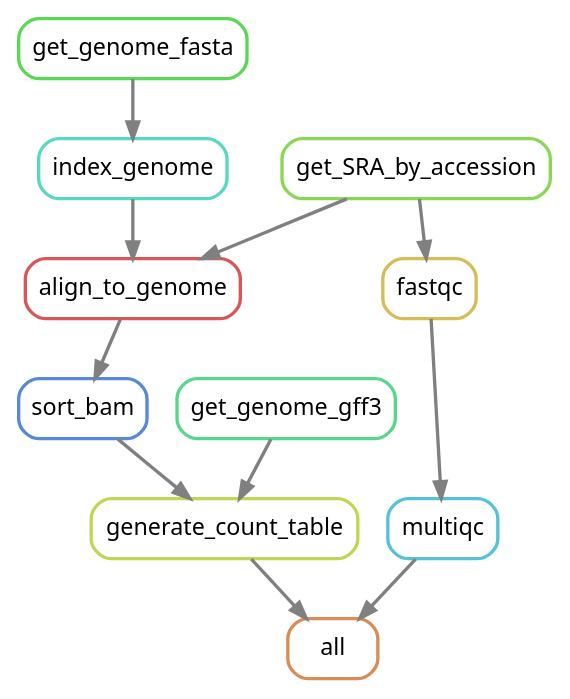
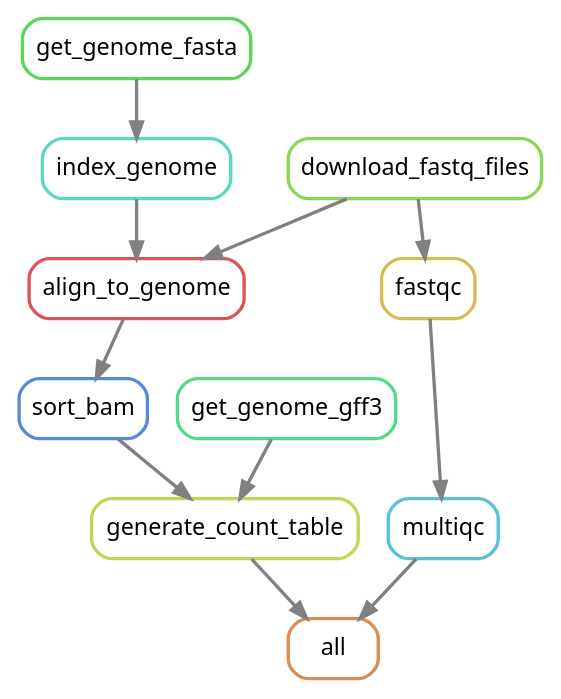
The fourth of 5 diagrams in pages/snakemake.qmd (NBISweden/workshop-reproducible-research), drawn with Graphviz before and after one commit. The commit also changed other lines of this file, not shown here.

Commit message:
Rename rule get_SRA_by_accession to clarify its usage

````diff
--- a/pages/snakemake.qmd
+++ b/pages/snakemake.qmd
@@ -803,29 +803,29 @@
 ```{dot}
 //| echo: false
 //| label: MRSA_rulegraph
 digraph MRSA_rulegraph {
     graph[bgcolor=white, margin=0];
     node[shape=box, style=rounded, fontname=sans,                 fontsize=14, penwidth=2];
     edge[penwidth=2, color=grey];
         0[label = "all", color = "0.07 0.6 0.85", style="rounded"];
         1[label = "generate_count_table", color = "0.20 0.6 0.85", style="rounded"];
         2[label = "sort_bam", color = "0.60 0.6 0.85", style="rounded"];
         3[label = "align_to_genome", color = "0.00 0.6 0.85", style="rounded"];
-        4[label = "get_SRA_by_accession", color = "0.27 0.6 0.85", style="rounded"];
+        4[label = "download_fastq_files", color = "0.27 0.6 0.85", style="rounded"];
         5[label = "index_genome", color = "0.47 0.6 0.85", style="rounded"];
         6[label = "get_genome_fasta", color = "0.33 0.6 0.85", style="rounded"];
         7[label = "get_genome_gff3", color = "0.40 0.6 0.85", style="rounded"];
         8[label = "multiqc", color = "0.53 0.6 0.85", style="rounded"];
         9[label = "fastqc", color = "0.13 0.6 0.85", style="rounded"];
         8 -> 0
         1 -> 0
         7 -> 1
         2 -> 1
         3 -> 2
         5 -> 3
         4 -> 3
         6 -> 5
         9 -> 8
         4 -> 9
 } 
 ```
````
